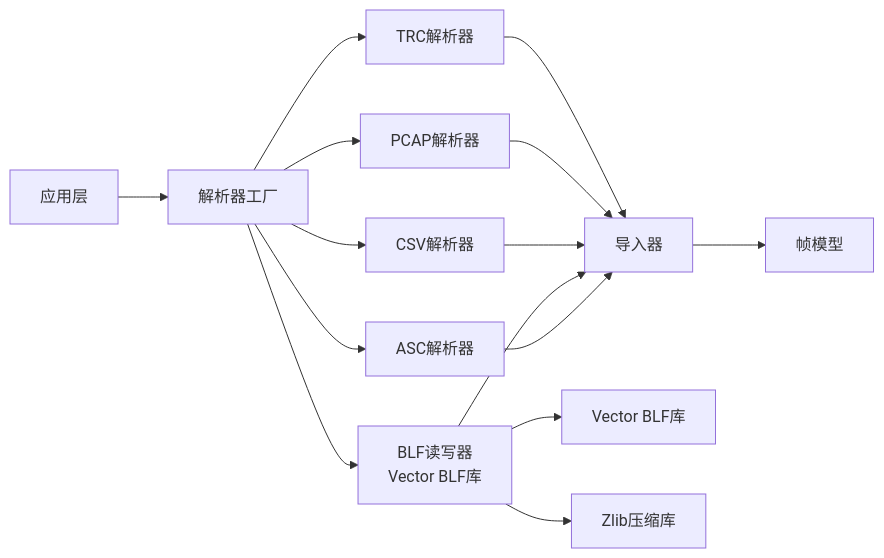
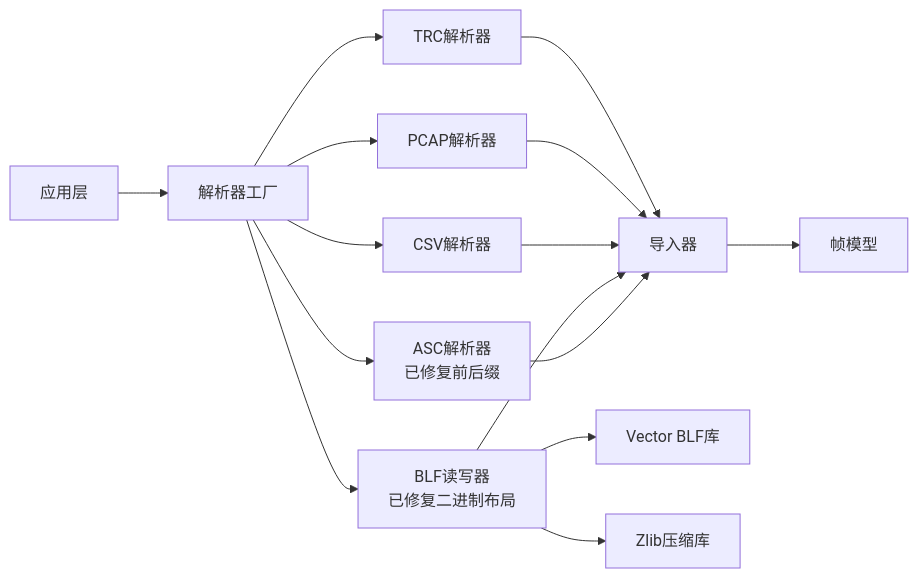
Before and after one commit to jakecai1225-design/OpenBus: diagram 11 of 11 in .qoder/repowiki/zh/content/核心模块详解/CAN文件IO系统.md, drawn with Mermaid. The commit also changed other lines of this file and 56 other files, not shown here.

Commit message:
trace graphic优化

````diff
--- a/.qoder/repowiki/zh/content/核心模块详解/CAN文件IO系统.md
+++ b/.qoder/repowiki/zh/content/核心模块详解/CAN文件IO系统.md
@@ -515,17 +508,17 @@
 ```mermaid
 graph LR
 App["应用层"] --> Factory["解析器工厂"]
-Factory --> Asc["ASC解析器"]
-Factory --> Blf["BLF读写器<br/>Vector BLF库"]
+Factory --> Asc["ASC解析器<br/>已修复前后缀"]
+Factory --> Blf["BLF读写器<br/>已修复二进制布局"]
 Factory --> Csv["CSV解析器"]
 Factory --> Pcap["PCAP解析器"]
 Factory --> Trc["TRC解析器"]
 Asc --> Importer["导入器"]
 Blf --> Importer
 Csv --> Importer
 Pcap --> Importer
 Trc --> Importer
 Importer --> Model["帧模型"]
 Blf --> VectorBLF["Vector BLF库"]
 Blf --> Zlib["Zlib压缩库"]
 ```
````
